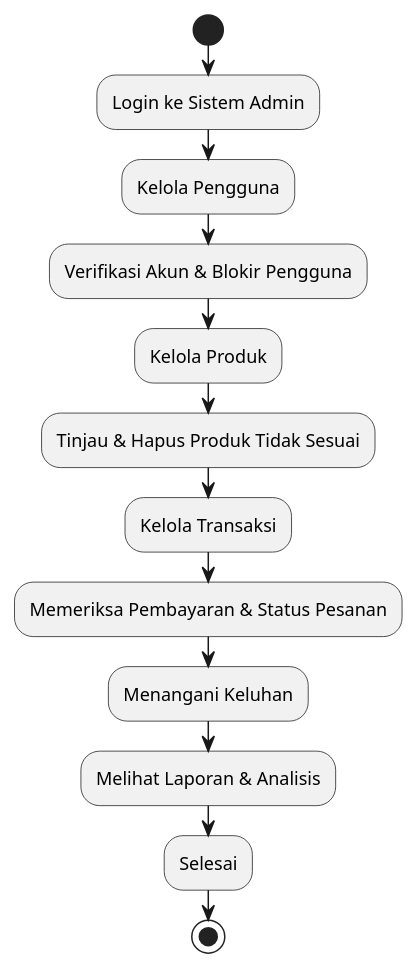
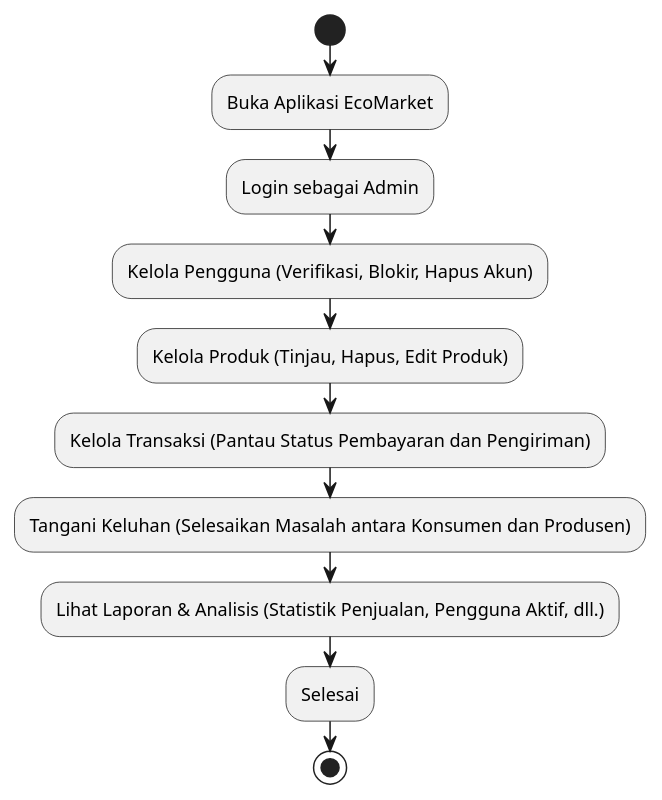
One commit to desales24/DAA changed the diagram in UAS/flowchat_use_case/flowchart/admin.puml. Above: the diagram before and after it, drawn with PlantUML. The commit also changed 5 other files, not shown here.

```diff
--- a/UAS/flowchat_use_case/flowchart/admin.puml
+++ b/UAS/flowchat_use_case/flowchart/admin.puml
@@ -1,14 +1,16 @@
 @startuml
 start
-:Login ke Sistem Admin;
-:Kelola Pengguna;
-:Verifikasi Akun & Blokir Pengguna;
-:Kelola Produk;
-:Tinjau & Hapus Produk Tidak Sesuai;
-:Kelola Transaksi;
-:Memeriksa Pembayaran & Status Pesanan;
-:Menangani Keluhan;
-:Melihat Laporan & Analisis;
+
+:Buka Aplikasi EcoMarket;
+:Login sebagai Admin;
+
+:Kelola Pengguna (Verifikasi, Blokir, Hapus Akun);
+:Kelola Produk (Tinjau, Hapus, Edit Produk);
+:Kelola Transaksi (Pantau Status Pembayaran dan Pengiriman);
+:Tangani Keluhan (Selesaikan Masalah antara Konsumen dan Produsen);
+:Lihat Laporan & Analisis (Statistik Penjualan, Pengguna Aktif, dll.);
+
 :Selesai;
+
 stop
 @enduml
```
